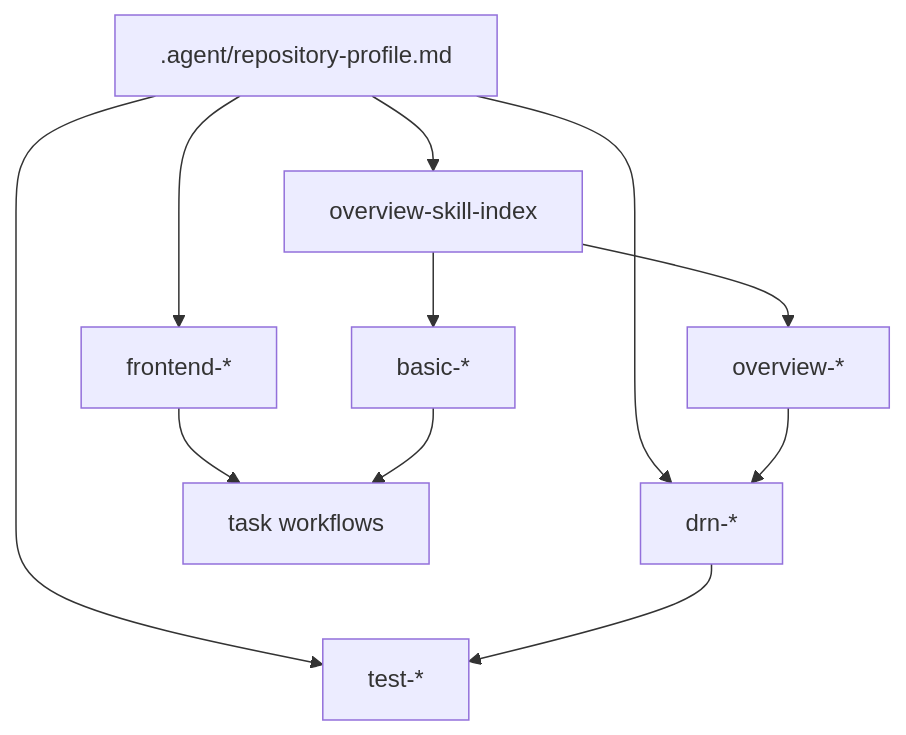
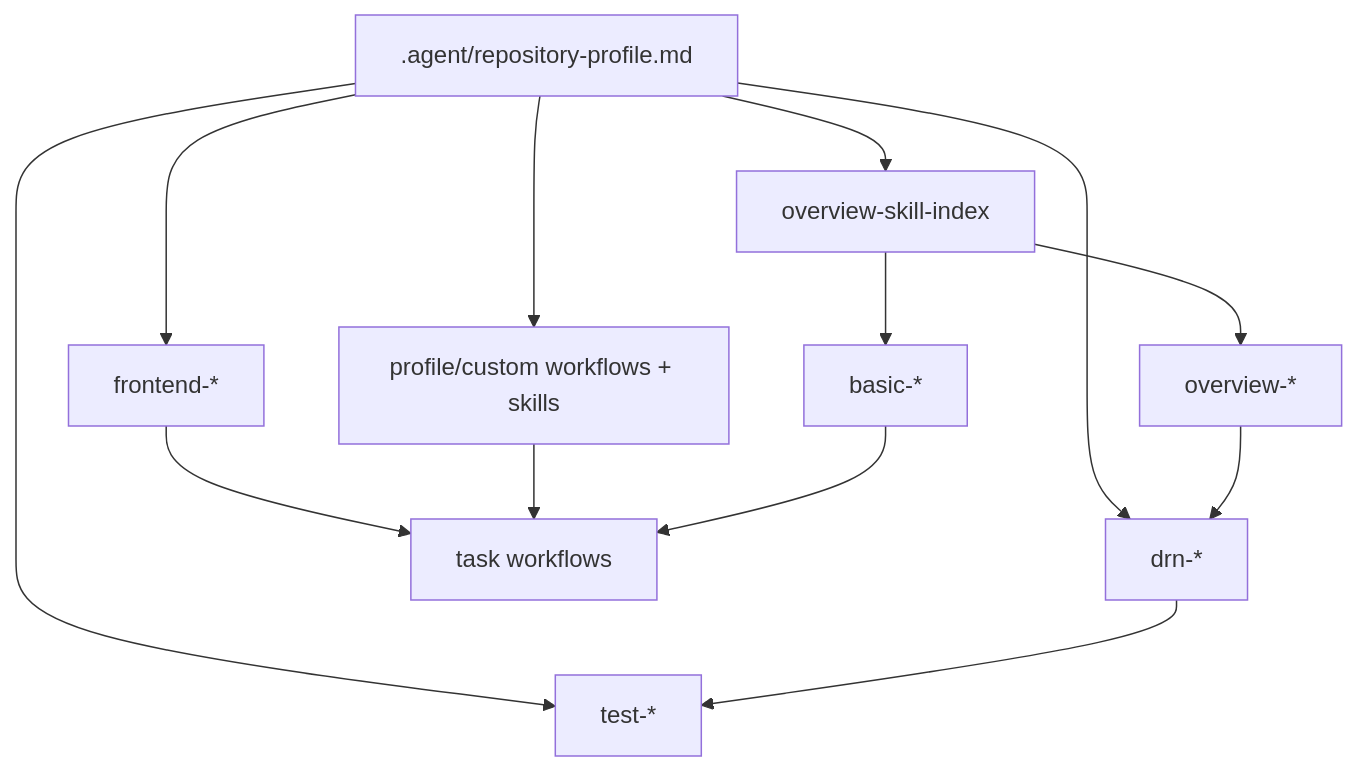
One commit to duranserkan/DRN-Project changed the diagram in .agent/skills/overview-skill-index/SKILL.md. Above: the diagram before and after it, drawn with Mermaid. The commit also changed other lines of this file and 18 other files, not shown here.

````diff
--- a/.agent/skills/overview-skill-index/SKILL.md
+++ b/.agent/skills/overview-skill-index/SKILL.md
@@ -63,22 +69,25 @@
 ```mermaid
 flowchart TD
     Profile[".agent/repository-profile.md"]
     Index["overview-skill-index"]
     Basic["basic-*"]
     Overview["overview-*"]
     DRN["drn-*"]
     Test["test-*"]
     Frontend["frontend-*"]
+    Custom["profile/custom workflows + skills"]
     Workflows["task workflows"]
 
     Profile --> Index
     Index --> Basic
     Index --> Overview
     Profile --> DRN
     Profile --> Test
     Profile --> Frontend
+    Profile --> Custom
     Overview --> DRN
     DRN --> Test
     Frontend --> Workflows
+    Custom --> Workflows
     Basic --> Workflows
 ```
````
